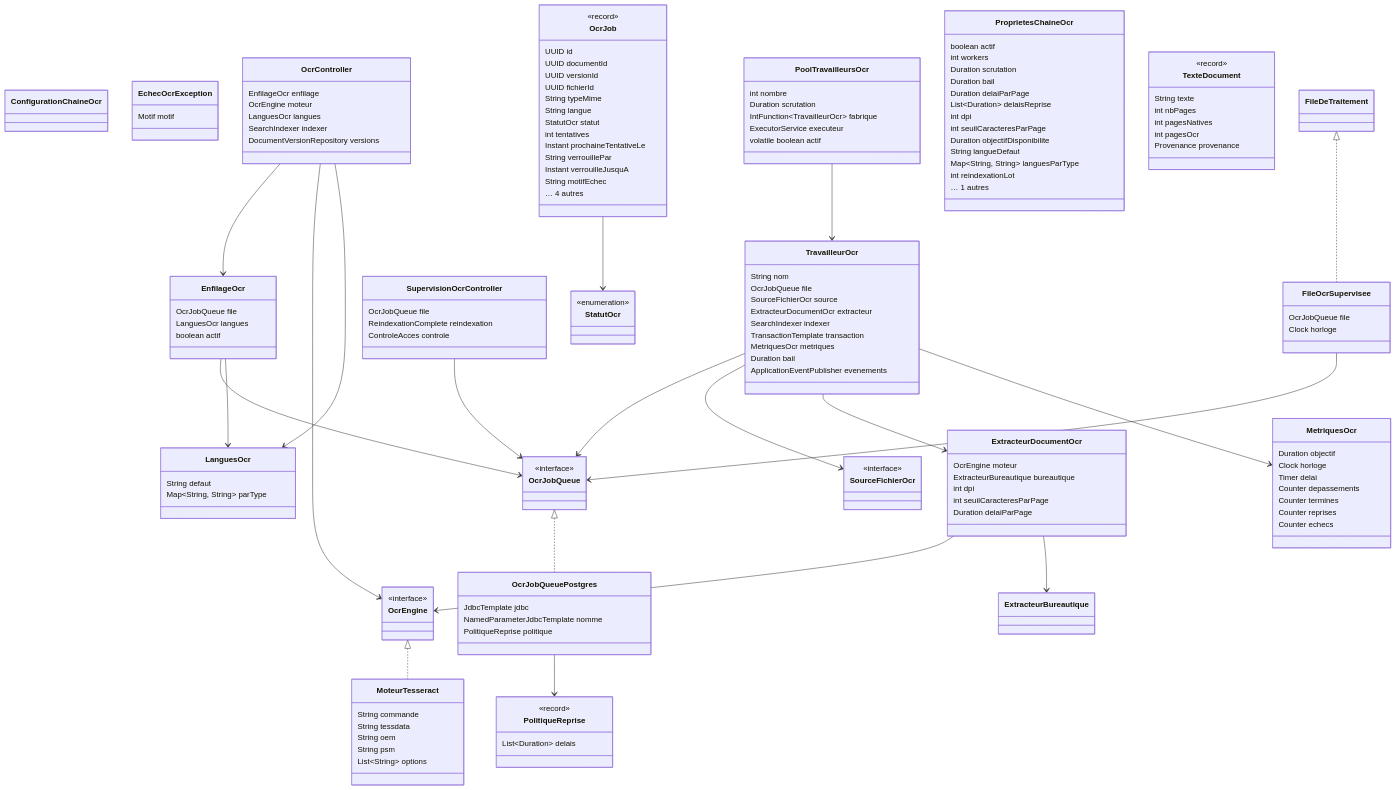
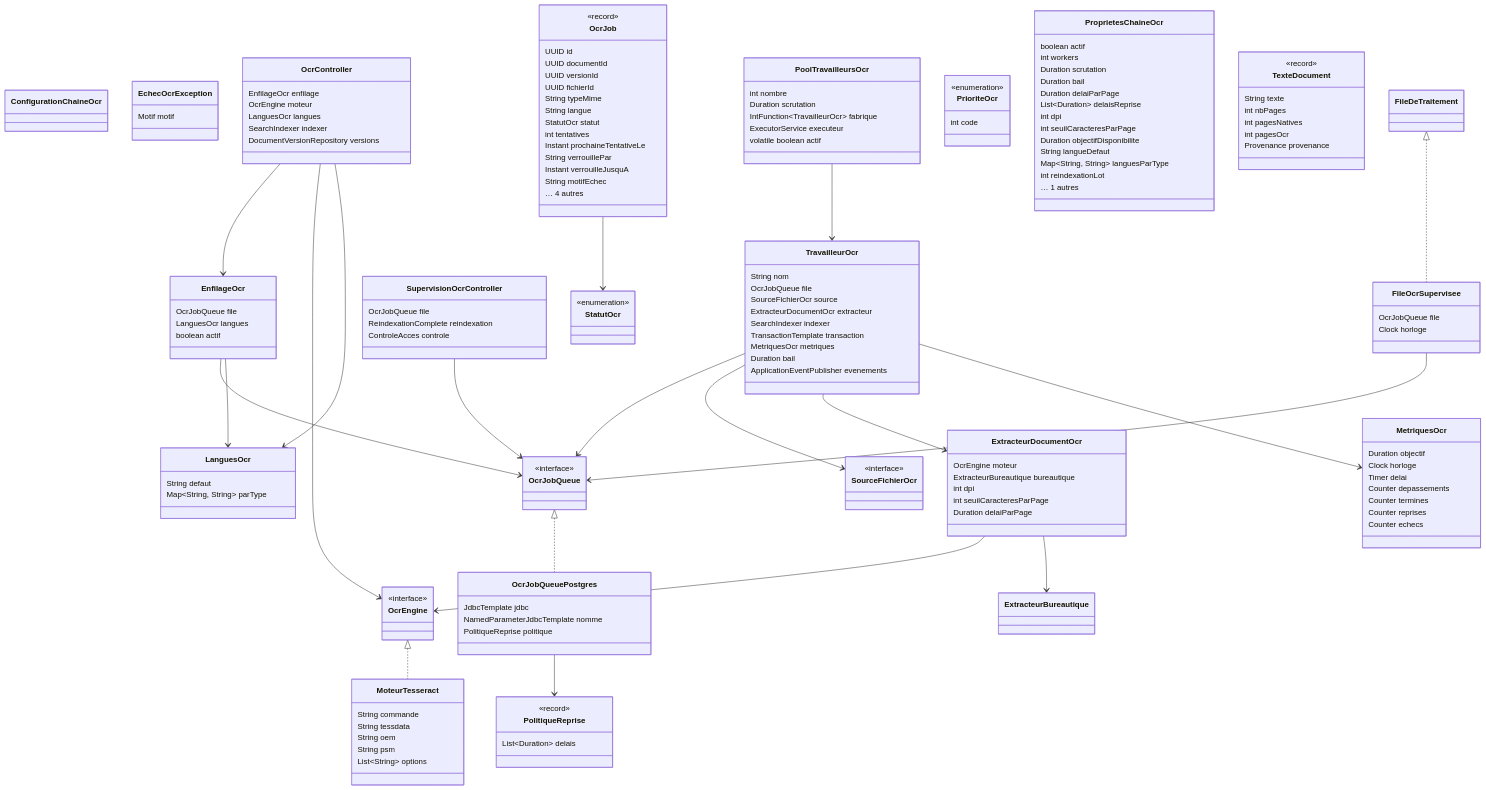
One commit to abddou2000/GED changed the ninth of 23 diagrams in docs/modelisation/CLASSES.md. Above: the diagram before and after it, drawn with Mermaid. The commit also changed other lines of this file and 4 other files, not shown here.

```diff
--- a/docs/modelisation/CLASSES.md
+++ b/docs/modelisation/CLASSES.md
@@ -1350,6 +1406,10 @@
     ExecutorService executeur
     volatile boolean actif
   }
+  class PrioriteOcr {
+    <<enumeration>>
+    int code
+  }
   class ProprietesChaineOcr {
     boolean actif
     int workers
```
